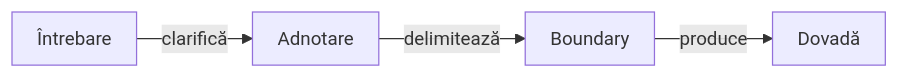
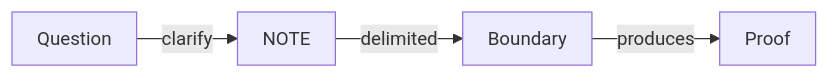
The fourth of 7 diagrams in README.md (crististefanita/atf_j0), drawn with Mermaid before and after one commit. The commit also changed other lines of this file and 113 other files, not shown here.

````diff
--- a/README.md
+++ b/README.md
@@ -196,12 +200,12 @@
 ```mermaid
 %%{init: {"themeVariables":{"fontSize":"15px"},"themeCSS":".nodeLabel, .nodeLabel p { font-size: 15px !important; line-height: 1.35 !important; } .edgeLabel, .edgeLabel p { font-size: 12px !important; font-weight: 400 !important; line-height: 1.2 !important; } .edgeLabel .labelBkg, .edgeLabel p { background: transparent !important; } .edgeLabel foreignObject { transform: translateY(-18px); overflow: visible; } .node rect { rx: 6px; ry: 6px; }","flowchart":{"curve":"linear","nodeSpacing":24,"rankSpacing":40,"padding":10,"diagramPadding":16}}}%%
 flowchart LR
-    Question["Întrebare"]
-    Layer["Adnotare"]
+    Question["Question"]
+    Layer["NOTE"]
     Scope["Boundary"]
-    Proof["Dovadă"]
+    Proof["Proof"]
 
-    Question -->|clarifică| Layer
-    Layer -->|delimitează| Scope
-    Scope -->|produce| Proof
+    Question -->|clarify| Layer
+    Layer -->|delimited| Scope
+    Scope -->|produces| Proof
 ```
````
